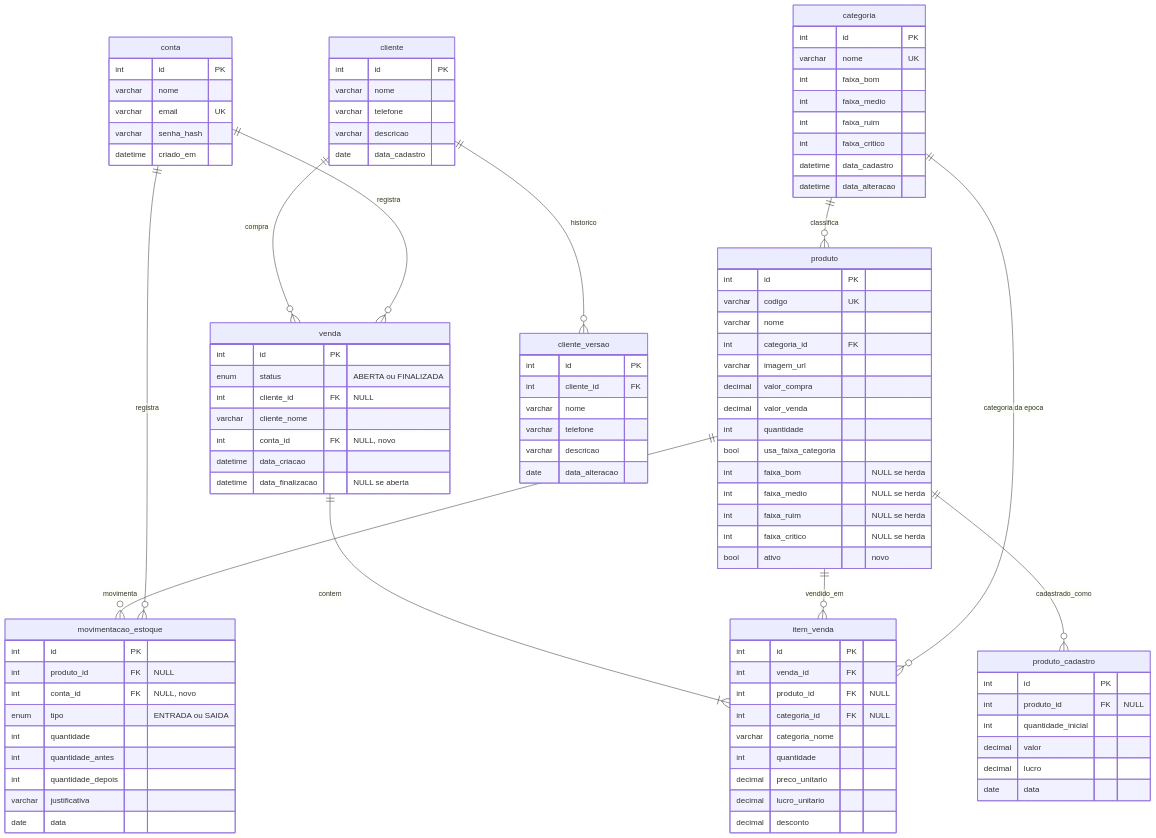
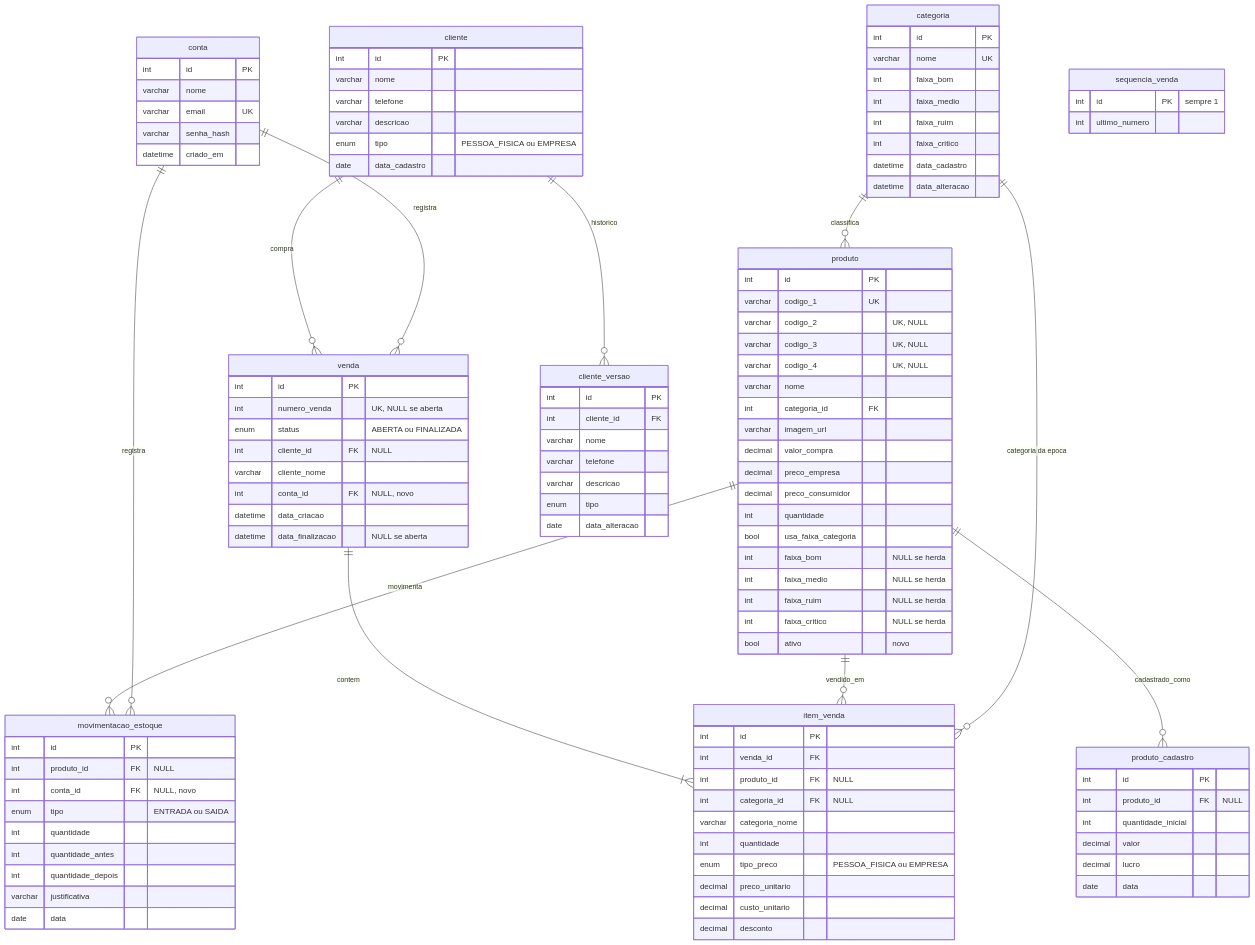
Before and after one commit to Vastiny-Grupo-3/Front-end: the diagram in docs/modelagem-dados.md, drawn with Mermaid. The commit also changed other lines of this file and 5 other files, not shown here.

```diff
--- a/docs/modelagem-dados.md
+++ b/docs/modelagem-dados.md
@@ -46,12 +50,16 @@
   }
   produto {
     int id PK
-    varchar codigo UK
+    varchar codigo_1 UK
+    varchar codigo_2 "UK, NULL"
+    varchar codigo_3 "UK, NULL"
+    varchar codigo_4 "UK, NULL"
     varchar nome
     int categoria_id FK
     varchar imagem_url
     decimal valor_compra
-    decimal valor_venda
+    decimal preco_empresa
+    decimal preco_consumidor
     int quantidade
     bool usa_faixa_categoria
     int faixa_bom "NULL se herda"
@@ -65,6 +73,7 @@
     varchar nome
     varchar telefone
     varchar descricao
+    enum tipo "PESSOA_FISICA ou EMPRESA"
     date data_cadastro
   }
   cliente_versao {
@@ -73,10 +82,16 @@
     varchar nome
     varchar telefone
     varchar descricao
+    enum tipo
     date data_alteracao
+  }
+  sequencia_venda {
+    int id PK "sempre 1"
+    int ultimo_numero
   }
   venda {
     int id PK
+    int numero_venda "UK, NULL se aberta"
     enum status "ABERTA ou FINALIZADA"
     int cliente_id FK "NULL"
     varchar cliente_nome
@@ -91,8 +106,9 @@
     int categoria_id FK "NULL"
     varchar categoria_nome
     int quantidade
+    enum tipo_preco "PESSOA_FISICA ou EMPRESA"
     decimal preco_unitario
-    decimal lucro_unitario
+    decimal custo_unitario
     decimal desconto
   }
   movimentacao_estoque {
```
